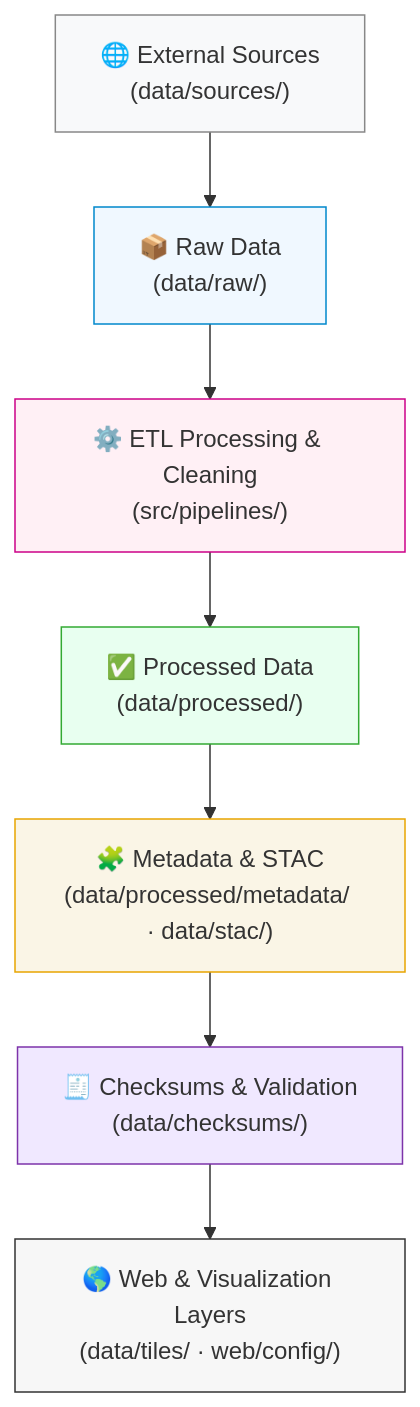
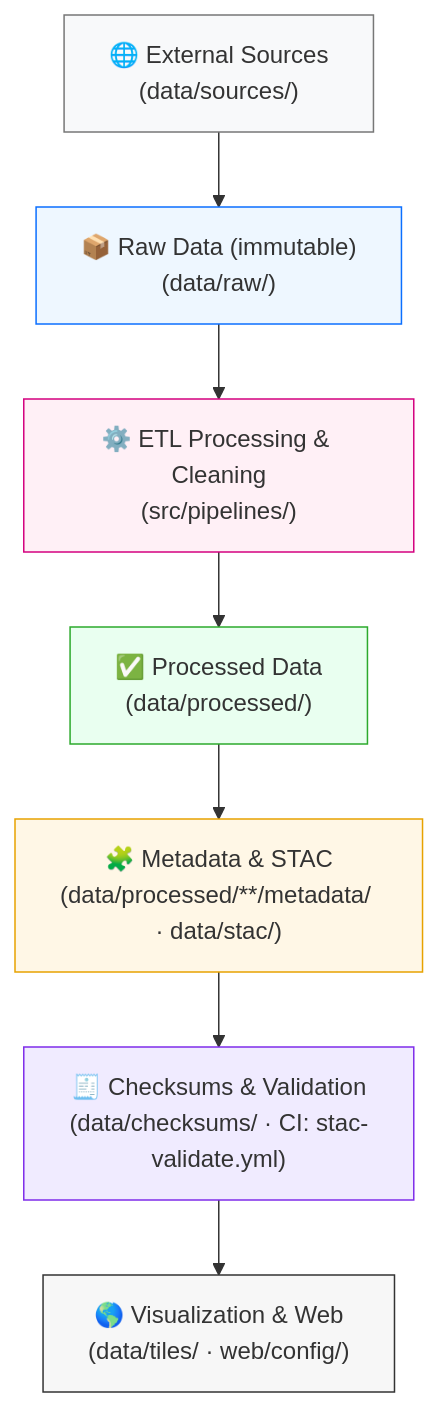
The diagram in data/ARCHITECTURE.md (bartytime4life/Kansas-Frontier-Matrix), drawn with Mermaid before and after one commit. The commit also changed other lines of this file, not shown here.

`````diff
--- a/data/ARCHITECTURE.md
+++ b/data/ARCHITECTURE.md
@@ -39,18 +59,18 @@
 ```mermaid
 flowchart TD
-  A["🌐 External Sources\n(data/sources/)"] --> B["📦 Raw Data\n(data/raw/)"]
+  A["🌐 External Sources\n(data/sources/)"] --> B["📦 Raw Data (immutable)\n(data/raw/)"]
   B --> C["⚙️ ETL Processing & Cleaning\n(src/pipelines/)"]
   C --> D["✅ Processed Data\n(data/processed/)"]
-  D --> E["🧩 Metadata & STAC\n(data/processed/metadata/ · data/stac/)"]
-  E --> F["🧾 Checksums & Validation\n(data/checksums/)"]
-  F --> G["🌎 Web & Visualization Layers\n(data/tiles/ · web/config/)"]
+  D --> E["🧩 Metadata & STAC\n(data/processed/**/metadata/ · data/stac/)"]
+  E --> F["🧾 Checksums & Validation\n(data/checksums/ · CI: stac-validate.yml)"]
+  F --> G["🌎 Visualization & Web\n(data/tiles/ · web/config/)"]
 
-  style A fill:#f8f9fa,stroke:#888;
-  style B fill:#f0f8ff,stroke:#0088cc;
-  style C fill:#fff0f5,stroke:#cc0088;
-  style D fill:#e8fff0,stroke:#33aa33;
-  style E fill:#faf5e6,stroke:#e8a500;
-  style F fill:#f0e8ff,stroke:#7d33aa;
+  style A fill:#f8f9fa,stroke:#777;
+  style B fill:#eef7ff,stroke:#0b6fff;
+  style C fill:#fff0f6,stroke:#d4007f;
+  style D fill:#e9fff0,stroke:#2daa2d;
+  style E fill:#fff7e6,stroke:#e7a200;
+  style F fill:#f0ebff,stroke:#7f2dea;
   style G fill:#f7f7f7,stroke:#333;
 %% END OF MERMAID
-````
+```
`````
